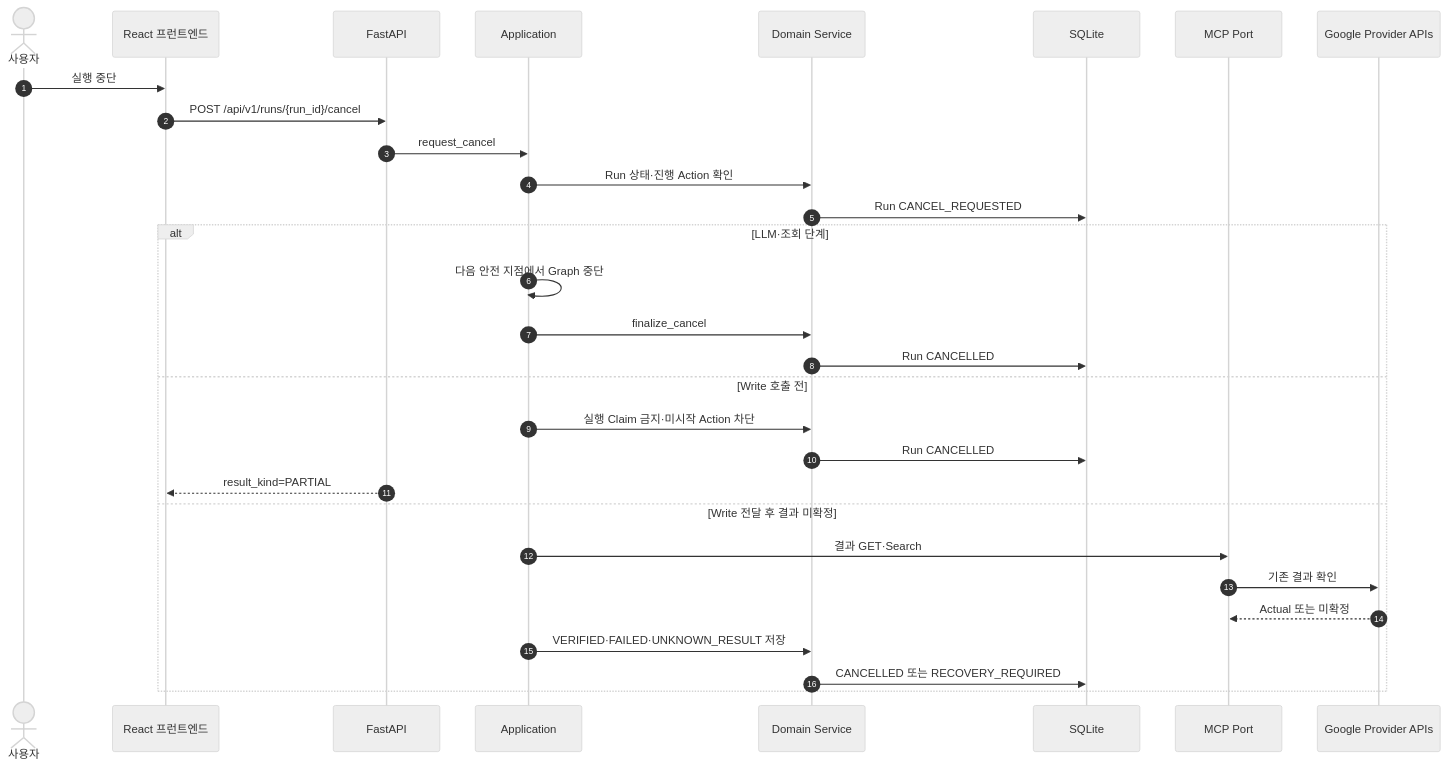
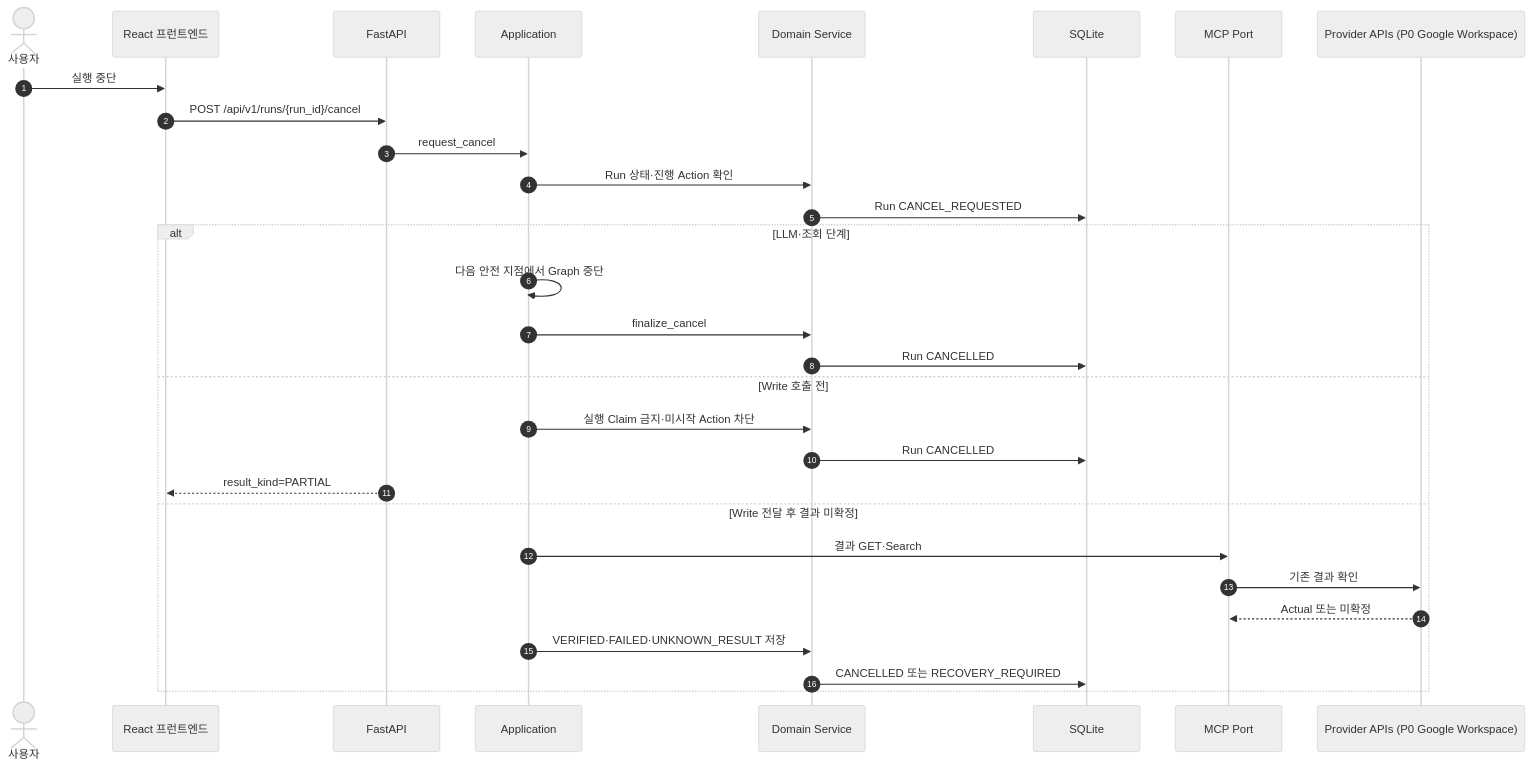
One commit to solar-ai-dev/google-work-agent changed diagram 15 of 20 in docs/08-sequence-design.md. Above: the diagram before and after it, drawn with Mermaid (neutral theme). The commit also changed other lines of this file and 22 other files, not shown here.

````diff
--- a/docs/08-sequence-design.md
+++ b/docs/08-sequence-design.md
@@ -798,34 +798,34 @@
 ```mermaid
 sequenceDiagram
     autonumber
     actor U as 사용자
     participant FE as React 프런트엔드
     participant API as FastAPI
     participant APP as Application
     participant DOM as Domain Service
     participant DB as SQLite
     participant MCP as MCP Port
-    participant G as Google Provider APIs
+    participant G as Provider APIs (P0 Google Workspace)
 
     U->>FE: 실행 중단
     FE->>API: POST /api/v1/runs/{run_id}/cancel
     API->>APP: request_cancel
     APP->>DOM: Run 상태·진행 Action 확인
     DOM->>DB: Run CANCEL_REQUESTED
 
     alt LLM·조회 단계
         APP->>APP: 다음 안전 지점에서 Graph 중단
         APP->>DOM: finalize_cancel
         DOM->>DB: Run CANCELLED
     else Write 호출 전
         APP->>DOM: 실행 Claim 금지·미시작 Action 차단
         DOM->>DB: Run CANCELLED
         API-->>FE: result_kind=PARTIAL
     else Write 전달 후 결과 미확정
         APP->>MCP: 결과 GET·Search
         MCP->>G: 기존 결과 확인
         G-->>MCP: Actual 또는 미확정
         APP->>DOM: VERIFIED·FAILED·UNKNOWN_RESULT 저장
         DOM->>DB: CANCELLED 또는 RECOVERY_REQUIRED
     end
 ```
````
